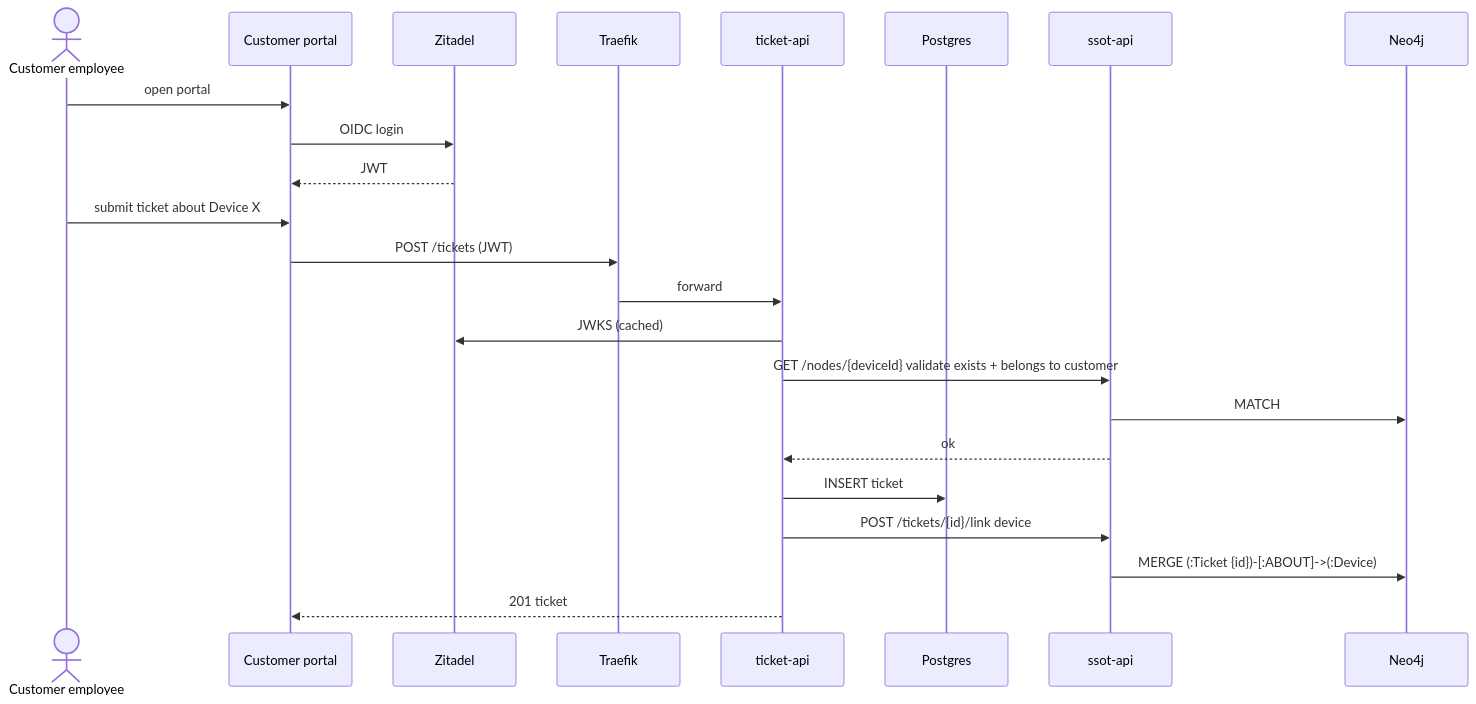
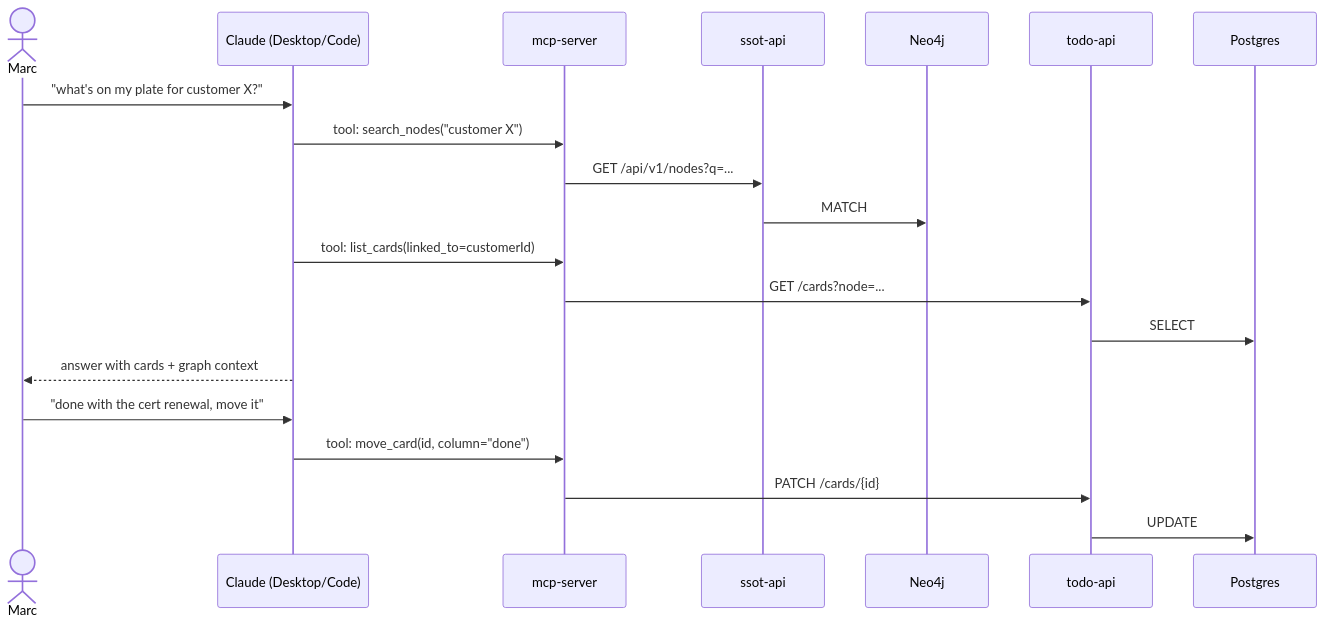
One commit to MarcHoog/Yani changed the third of 3 diagrams in docs/architecture.md. Above: the diagram before and after it, drawn with Mermaid. The commit also changed other lines of this file and 4 other files, not shown here.

````diff
--- a/docs/architecture.md
+++ b/docs/architecture.md
@@ -100,26 +121,23 @@
 ```mermaid
 sequenceDiagram
-    actor C as Customer employee
-    participant CP as Customer portal
-    participant Z as Zitadel
-    participant T as Traefik
-    participant TA as ticket-api
-    participant PG as Postgres
+    actor M as Marc
+    participant CC as Claude (Desktop/Code)
+    participant MCP as mcp-server
     participant SA as ssot-api
     participant N as Neo4j
+    participant TA as todo-api
+    participant PG as Postgres
 
-    C->>CP: open portal
-    CP->>Z: OIDC login
-    Z-->>CP: JWT
-    C->>CP: submit ticket about Device X
-    CP->>T: POST /tickets (JWT)
-    T->>TA: forward
-    TA->>Z: JWKS (cached)
-    TA->>SA: GET /nodes/{deviceId} validate exists + belongs to customer
+    M->>CC: "what's on my plate for customer X?"
+    CC->>MCP: tool: search_nodes("customer X")
+    MCP->>SA: GET /api/v1/nodes?q=...
     SA->>N: MATCH
-    SA-->>TA: ok
-    TA->>PG: INSERT ticket
-    TA->>SA: POST /tickets/{id}/link device
-    SA->>N: MERGE (:Ticket {id})-[:ABOUT]->(:Device)
-    TA-->>CP: 201 ticket
+    CC->>MCP: tool: list_cards(linked_to=customerId)
+    MCP->>TA: GET /cards?node=...
+    TA->>PG: SELECT
+    CC-->>M: answer with cards + graph context
+    M->>CC: "done with the cert renewal, move it"
+    CC->>MCP: tool: move_card(id, column="done")
+    MCP->>TA: PATCH /cards/{id}
+    TA->>PG: UPDATE
 ```
````
